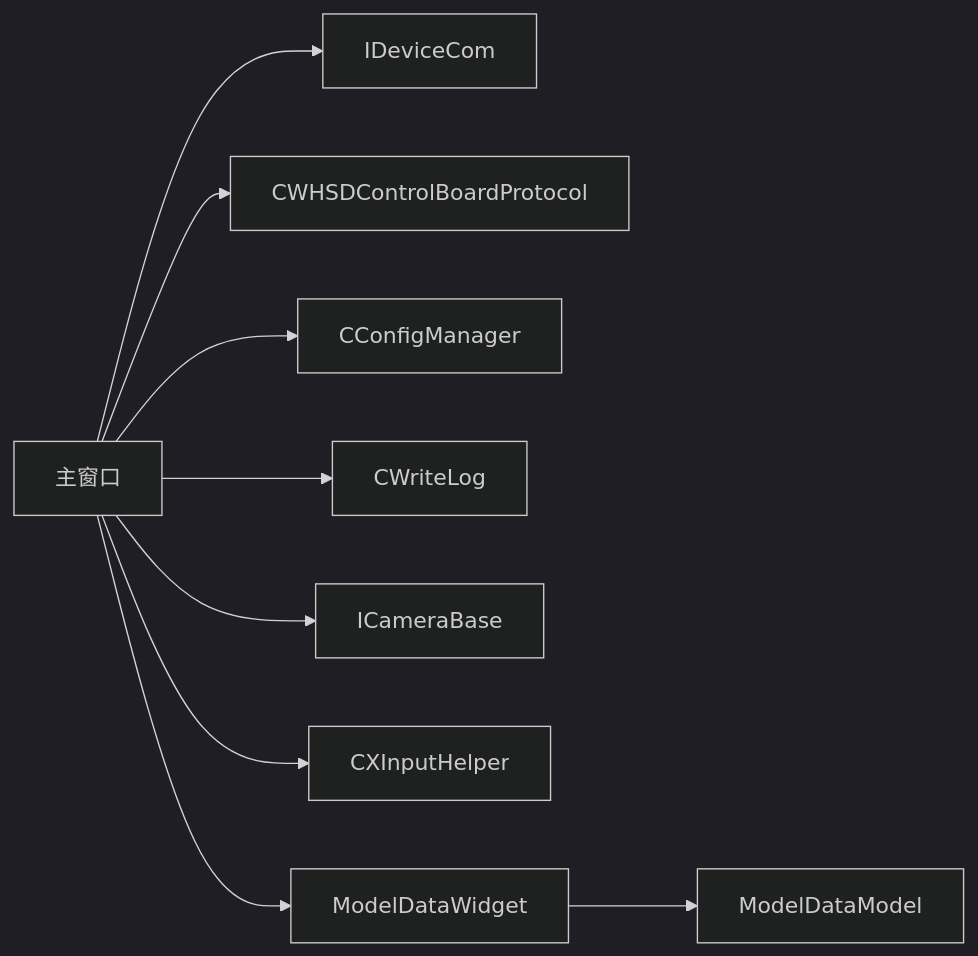
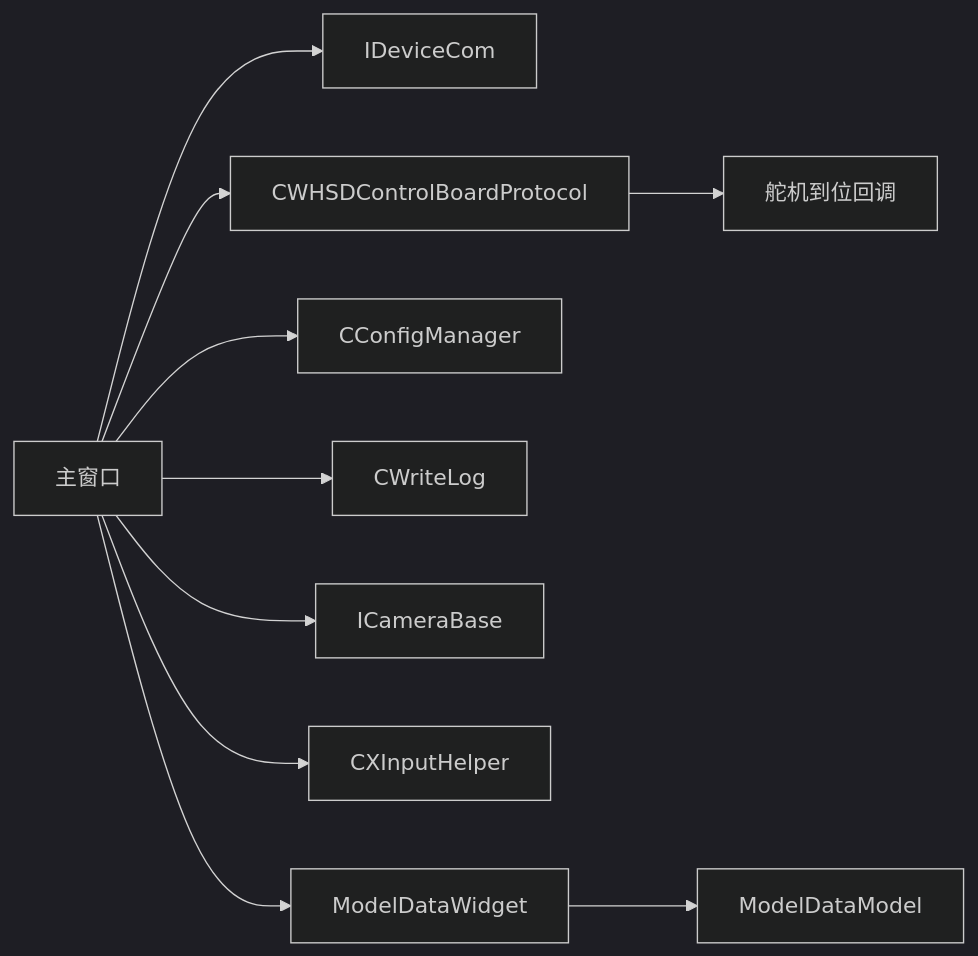
Before and after one commit to yangreest/Zero-value-Insulator-Robot-V2: the sixth of 6 diagrams in .qoder/repowiki/zh/content/系统架构/模块结构/UI模块.md, drawn with Mermaid (dark theme). The commit also changed other lines of this file and 4 other files, not shown here.

````diff
--- a/.qoder/repowiki/zh/content/系统架构/模块结构/UI模块.md
+++ b/.qoder/repowiki/zh/content/系统架构/模块结构/UI模块.md
@@ -239,11 +313,12 @@
 ```mermaid
 graph LR
 Main["主窗口"] --> Com["IDeviceCom"]
 Main --> Proto["CWHSDControlBoardProtocol"]
 Main --> Config["CConfigManager"]
 Main --> Log["CWriteLog"]
 Main --> Cam["ICameraBase"]
 Main --> Input["CXInputHelper"]
 Main --> Chart["ModelDataWidget"]
 Chart --> Model["ModelDataModel"]
+Proto --> Servo["舵机到位回调"]
 ```
````
